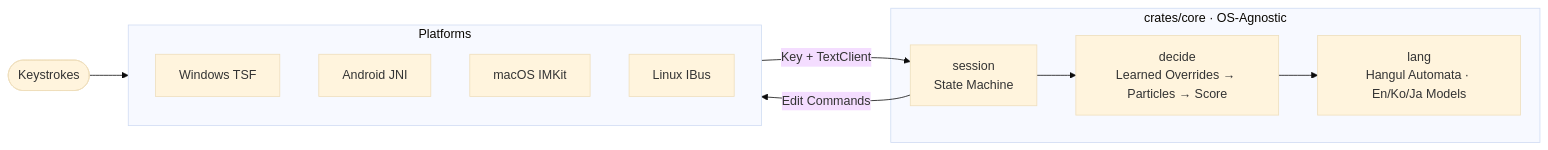
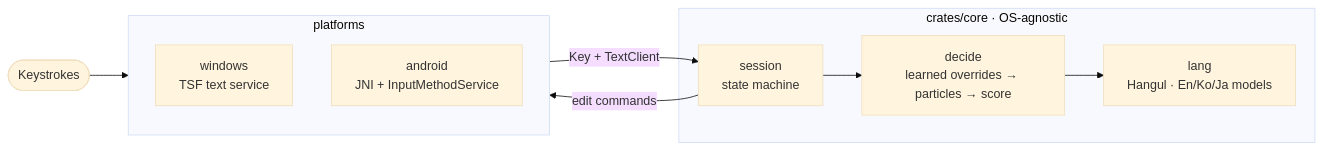
One commit to Ddongddi/Typescript changed the diagram in README.en.md. Above: the diagram before and after it, drawn with Mermaid (base theme). The commit also changed other lines of this file and 10 other files, not shown here.

````diff
--- a/README.en.md
+++ b/README.en.md
@@ -162,16 +294,14 @@
 ```mermaid
 flowchart LR
     KEYS([Keystrokes]) --> PLATFORM
-    subgraph PLATFORM [Platforms]
-        WIN[Windows TSF]
-        AND[Android JNI]
-        MAC[macOS IMKit]
-        LNX[Linux IBus]
+    subgraph PLATFORM [platforms]
+        WIN[windows<br/>TSF text service]
+        AND[android<br/>JNI + InputMethodService]
     end
     PLATFORM -->|Key + TextClient| SESSION
-    subgraph CORE [crates/core · OS-Agnostic]
-        SESSION[session<br/>State Machine] --> DECIDE[decide<br/>Learned Overrides → Particles → Score]
-        DECIDE --> LANG[lang<br/>Hangul Automata · En/Ko/Ja Models]
+    subgraph CORE [crates/core · OS-agnostic]
+        SESSION[session<br/>state machine] --> DECIDE[decide<br/>learned overrides → particles → score]
+        DECIDE --> LANG[lang<br/>Hangul · En/Ko/Ja models]
     end
-    SESSION -->|Edit Commands| PLATFORM
+    SESSION -->|edit commands| PLATFORM
 ```
````
